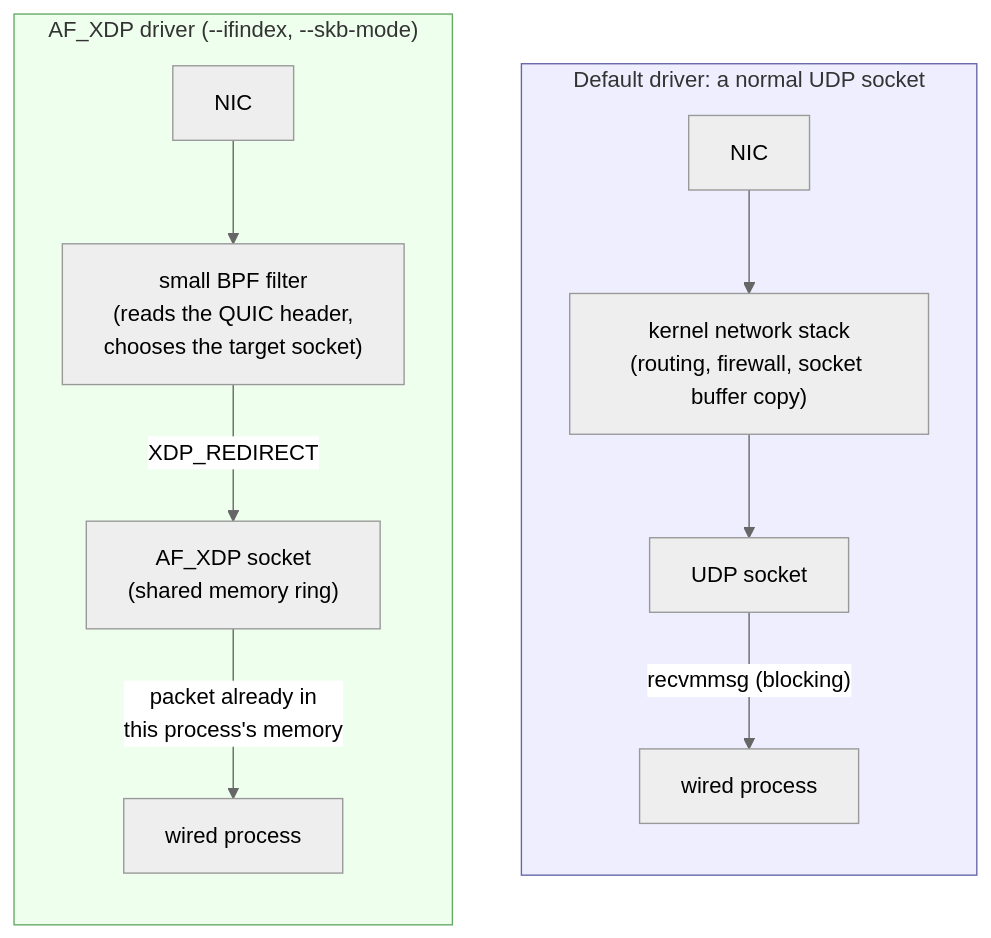
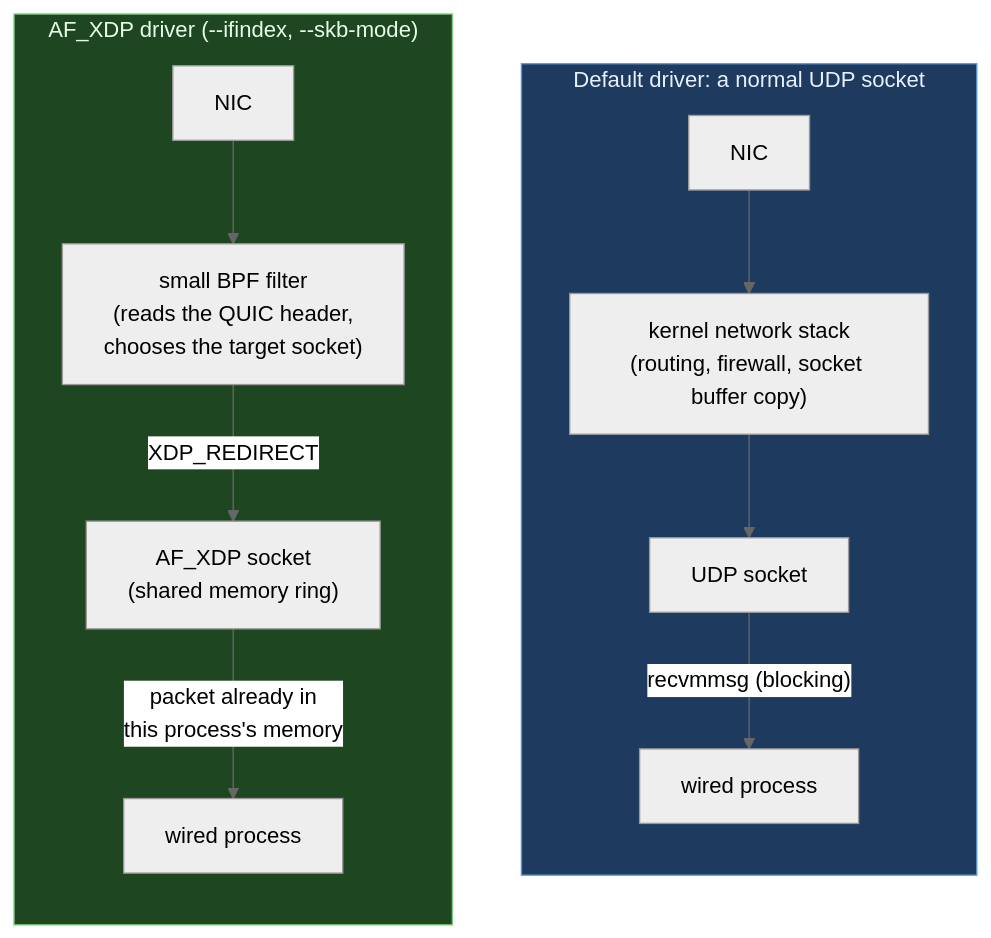
The sixth of 7 diagrams in docs/arch/overview.md (Hakkadaikon/wired), drawn with Mermaid (neutral theme) before and after one commit. The commit also changed other lines of this file, not shown here.

First line of the commit message:
docs(arch): switch mermaid node styling to dark fills with light text

````diff
--- a/docs/arch/overview.md
+++ b/docs/arch/overview.md
@@ -140,19 +140,19 @@
 ```mermaid
 graph TB
     subgraph defaultdrv["Default driver: a normal UDP socket"]
         direction TB
         nic1["NIC"] --> stack["kernel network stack<br/>(routing, firewall, socket buffer copy)"]
         stack --> sock["UDP socket"]
         sock -- "recvmmsg (blocking)" --> app1["wired process"]
     end
 
     subgraph xdp["AF_XDP driver (--ifindex, --skb-mode)"]
         direction TB
         nic2["NIC"] --> bpf["small BPF filter<br/>(reads the QUIC header,<br/>chooses the target socket)"]
         bpf -- "XDP_REDIRECT" --> xsk["AF_XDP socket<br/>(shared memory ring)"]
         xsk -- "packet already in<br/>this process's memory" --> app2["wired process"]
     end
 
-    style defaultdrv fill:#eef,stroke:#66a
-    style xdp fill:#efe,stroke:#6a6
+    style defaultdrv fill:#1e3a5f,stroke:#5b9bd5,color:#e8f0fe
+    style xdp fill:#1e4620,stroke:#7ac97a,color:#e8fde8
 ```
````
